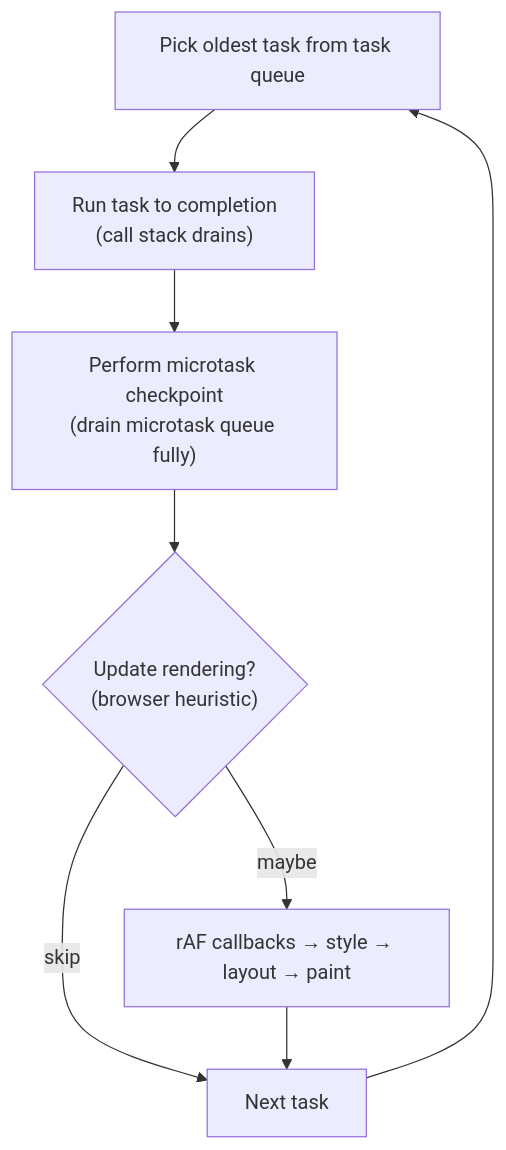
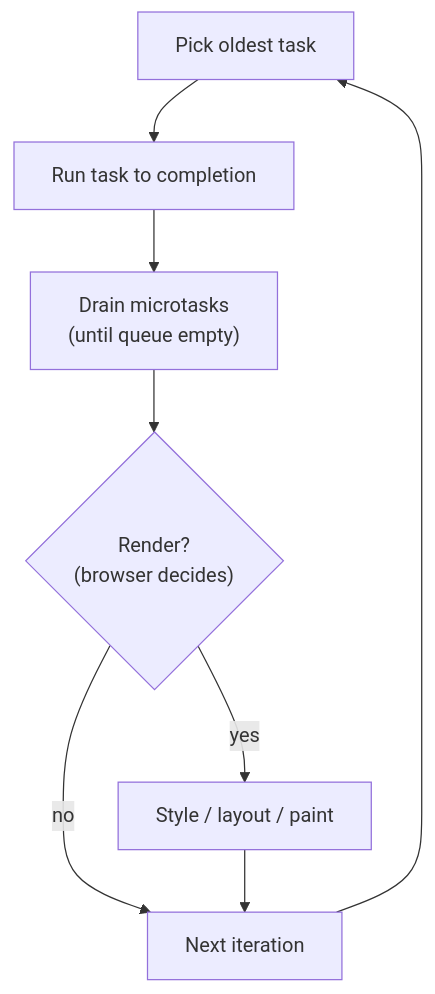
Before and after one commit to prajjwaljogdand/FullstackPreparation: the fourth of 13 diagrams in docs/javascript/10-event-loop.md, drawn with Mermaid. The commit also changed other lines of this file and 91 other files, not shown here.

````diff
--- a/docs/javascript/10-event-loop.md
+++ b/docs/javascript/10-event-loop.md
@@ -48,10 +153,10 @@
 ```mermaid
 flowchart TD
-  A["Pick oldest task from task queue"] --> B["Run task to completion\n(call stack drains)"]
-  B --> C["Perform microtask checkpoint\n(drain microtask queue fully)"]
-  C --> D{"Update rendering?\n(browser heuristic)"}
-  D -->|maybe| E["rAF callbacks → style → layout → paint"]
-  D -->|skip| F["Next task"]
+  A["Pick oldest task"] --> B["Run task to completion"]
+  B --> C["Drain microtasks\n(until queue empty)"]
+  C --> D{"Render?\n(browser decides)"}
+  D -->|yes| E["Style / layout / paint"]
+  D -->|no| F["Next iteration"]
   E --> F
   F --> A
 ```
````
